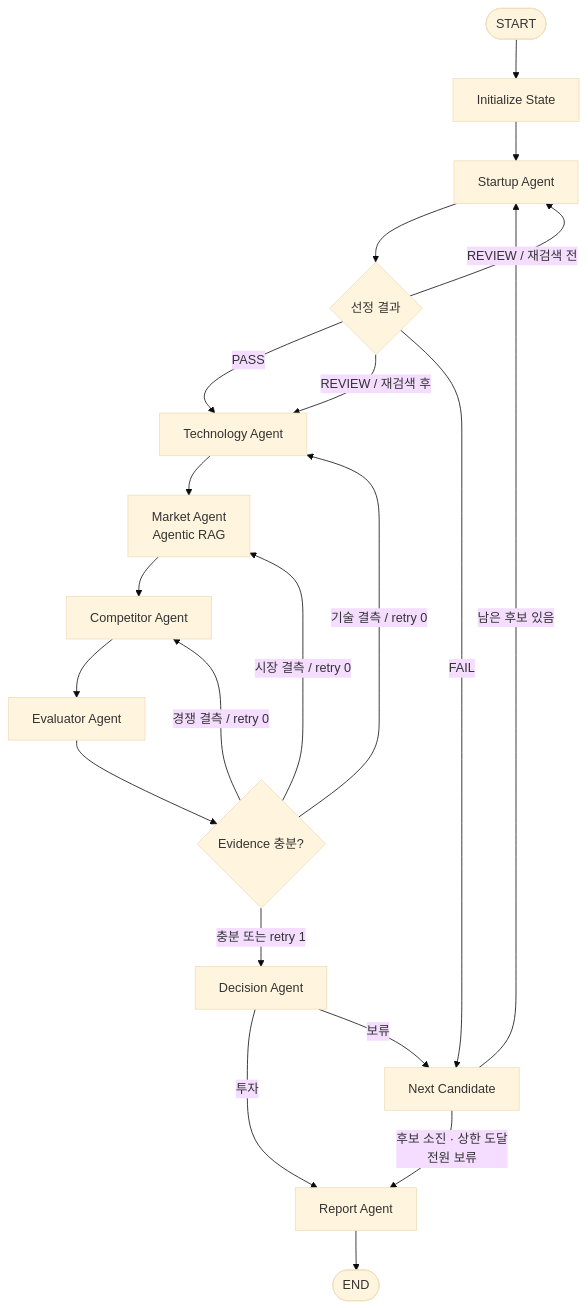
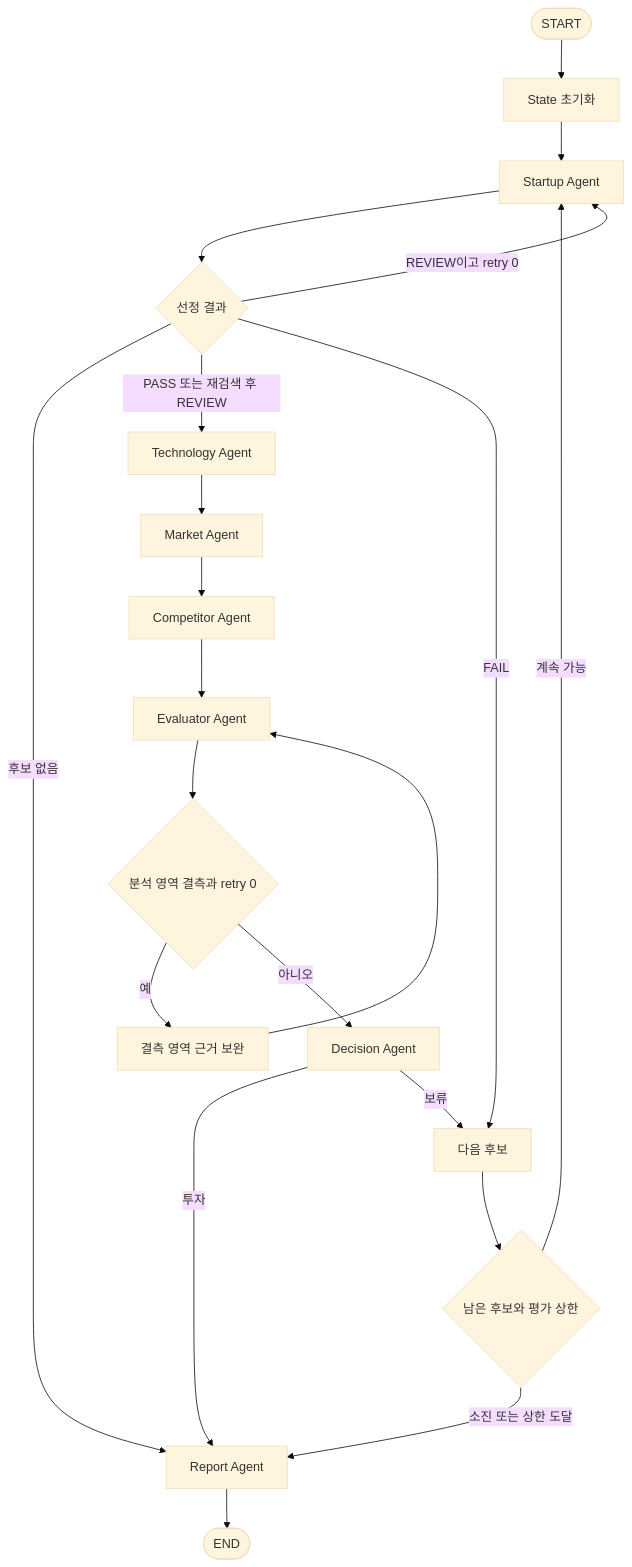
Before and after one commit to yeonjep/ai-startup-investment-agent: the diagram in docs/DESIGN.md, drawn with Mermaid (base theme). The commit also changed other lines of this file and 21 other files, not shown here.

Commit message:
refactor: align RAG, state and graph with final design + add handoff guide

````diff
--- a/docs/DESIGN.md
+++ b/docs/DESIGN.md
@@ -513,26 +394,23 @@
 ```mermaid
 flowchart TD
-    START([START]) --> INIT[Initialize State]
+    START([START]) --> INIT[State 초기화]
     INIT --> SA[Startup Agent]
     SA --> SG{선정 결과}
-    SG -->|PASS| TA[Technology Agent]
-    SG -->|REVIEW / 재검색 전| SA
-    SG -->|REVIEW / 재검색 후| TA
-    SG -->|FAIL| NC[Next Candidate]
-
-    TA --> MA[Market Agent<br/>Agentic RAG]
+    SG -->|후보 없음| RA[Report Agent]
+    SG -->|PASS 또는 재검색 후 REVIEW| TA[Technology Agent]
+    SG -->|REVIEW이고 retry 0| SA
+    SG -->|FAIL| NC[다음 후보]
+    TA --> MA[Market Agent]
     MA --> CA[Competitor Agent]
     CA --> EV[Evaluator Agent]
-
-    EV --> EG{Evidence 충분?}
-    EG -->|기술 결측 / retry 0| TA
-    EG -->|시장 결측 / retry 0| MA
-    EG -->|경쟁 결측 / retry 0| CA
-    EG -->|충분 또는 retry 1| DA[Decision Agent]
-
-    DA -->|투자| RA[Report Agent]
+    EV --> EG{분석 영역 결측과 retry 0}
+    EG -->|예| ER[결측 영역 근거 보완]
+    ER --> EV
+    EG -->|아니오| DA[Decision Agent]
+    DA -->|투자| RA
     DA -->|보류| NC
-    NC -->|남은 후보 있음| SA
-    NC -->|후보 소진 · 상한 도달<br/>전원 보류| RA
+    NC --> CG{남은 후보와 평가 상한}
+    CG -->|계속 가능| SA
+    CG -->|소진 또는 상한 도달| RA
     RA --> END([END])
 ```
````
